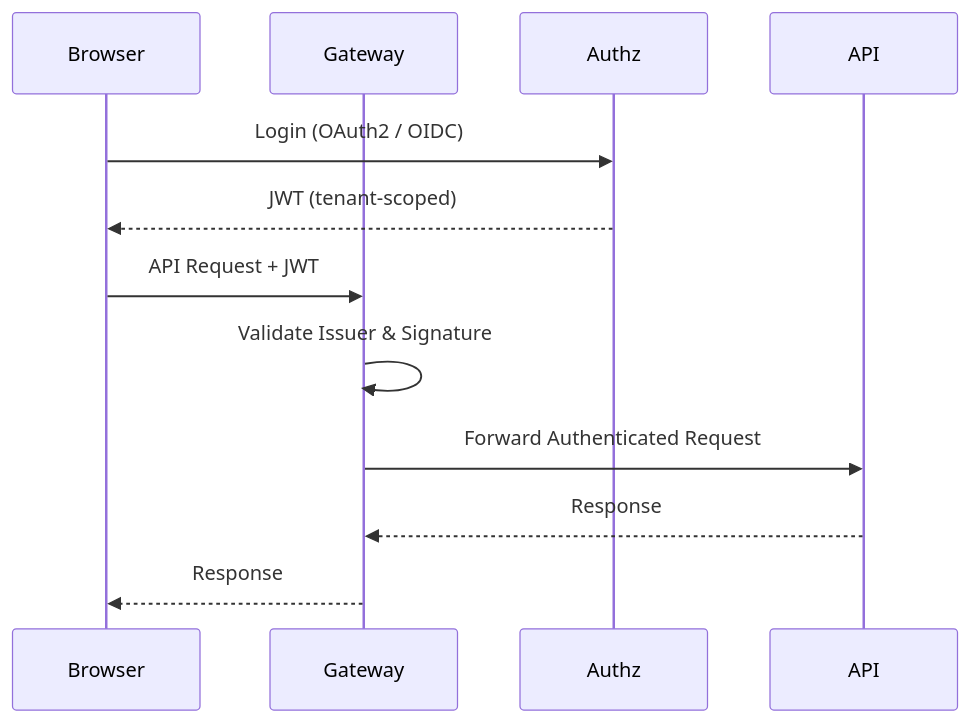
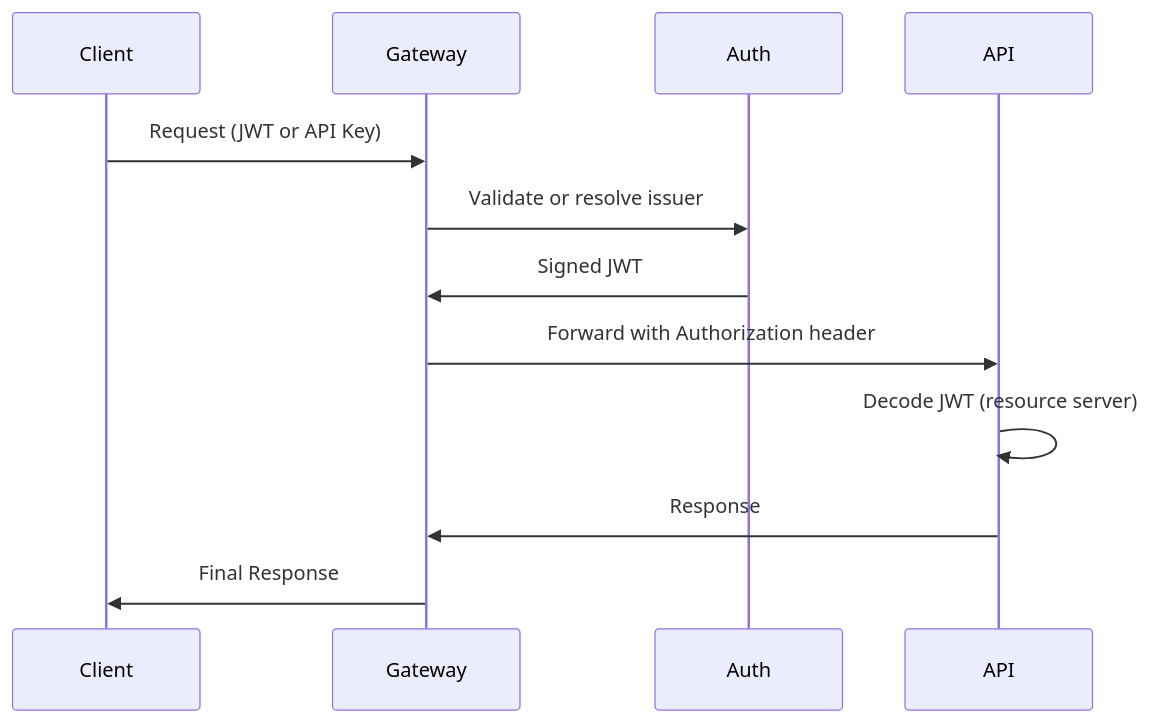
Before and after one commit to Praesto-Pro/openframe-oss-tenant: the second of 5 diagrams in docs/architecture/README.md, drawn with Mermaid. The commit also changed other lines of this file and 149 other files, not shown here.

````diff
--- a/docs/architecture/README.md
+++ b/docs/architecture/README.md
@@ -76,15 +82,15 @@
 ```mermaid
 sequenceDiagram
-    participant Browser
+    participant Client
     participant Gateway
-    participant Authz
+    participant Auth
     participant API
 
-    Browser->>Authz: Login (OAuth2 / OIDC)
-    Authz-->>Browser: JWT (tenant-scoped)
-    Browser->>Gateway: API Request + JWT
-    Gateway->>Gateway: Validate Issuer & Signature
-    Gateway->>API: Forward Authenticated Request
-    API-->>Gateway: Response
-    Gateway-->>Browser: Response
+    Client->>Gateway: Request (JWT or API Key)
+    Gateway->>Auth: Validate or resolve issuer
+    Auth->>Gateway: Signed JWT
+    Gateway->>API: Forward with Authorization header
+    API->>API: Decode JWT (resource server)
+    API->>Gateway: Response
+    Gateway->>Client: Final Response
 ```
````
